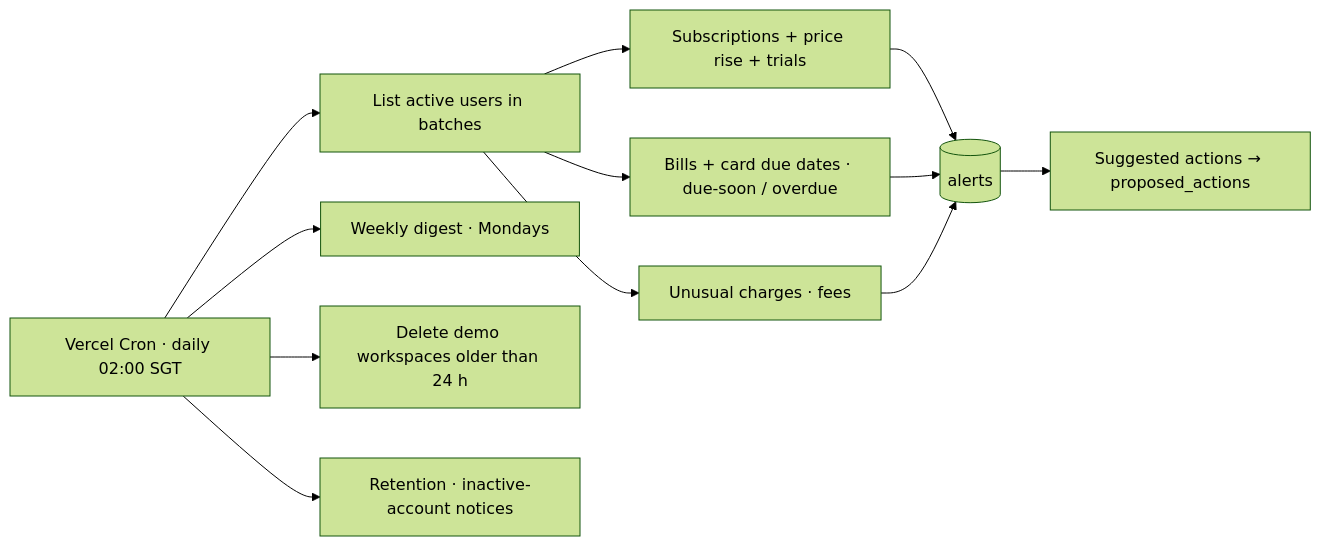
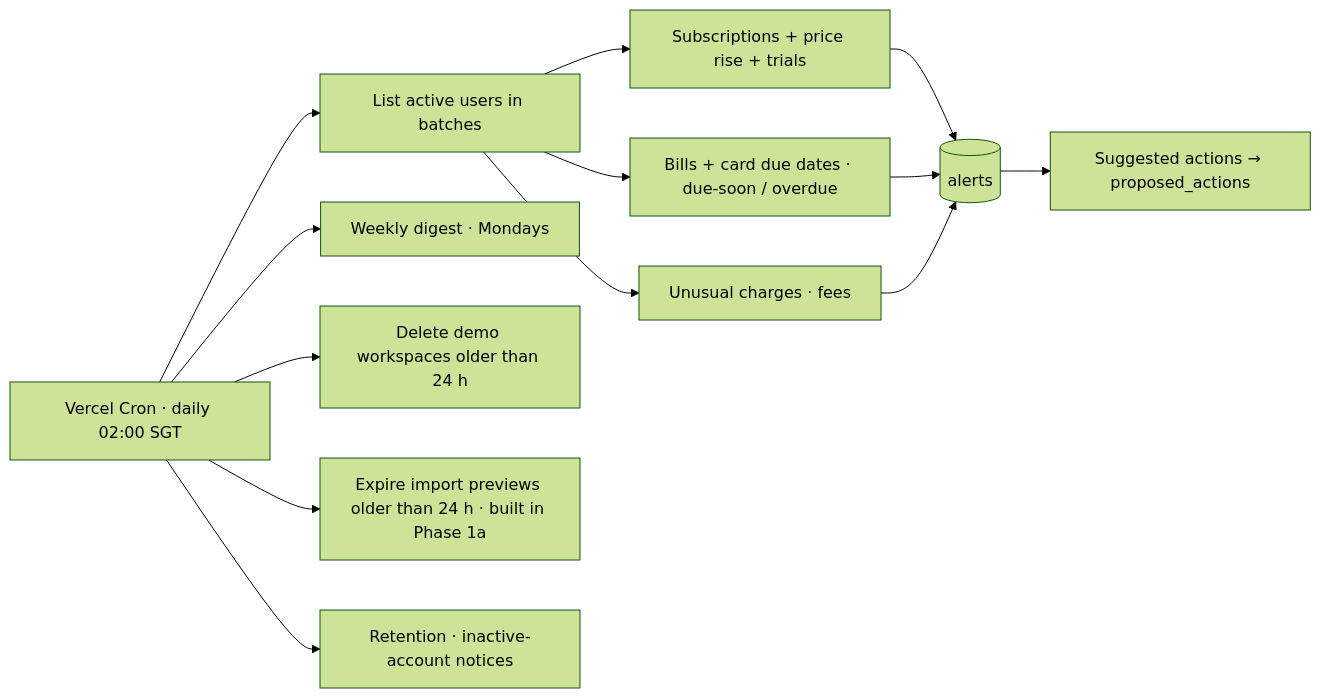
Before and after one commit to tmiharja/personal-finance-agent: the fourth of 6 diagrams in docs/architecture.md, drawn with Mermaid (forest theme). The commit also changed 20 other files, not shown here.

````diff
--- a/docs/architecture.md
+++ b/docs/architecture.md
@@ -161,12 +161,13 @@
 ```mermaid
 flowchart LR
   C[Vercel Cron · daily 02:00 SGT] --> J[List active users in batches]
   J --> D1[Subscriptions + price rise + trials]
   J --> D2[Bills + card due dates · due-soon / overdue]
   J --> D3[Unusual charges · fees]
   D1 & D2 & D3 --> AL[(alerts)]
   AL --> SUG[Suggested actions → proposed_actions]
   C --> DG[Weekly digest · Mondays]
   C --> DM[Delete demo workspaces older than 24 h]
+  C --> XP[Expire import previews older than 24 h · built in Phase 1a]
   C --> RET[Retention · inactive-account notices]
 ```
````
